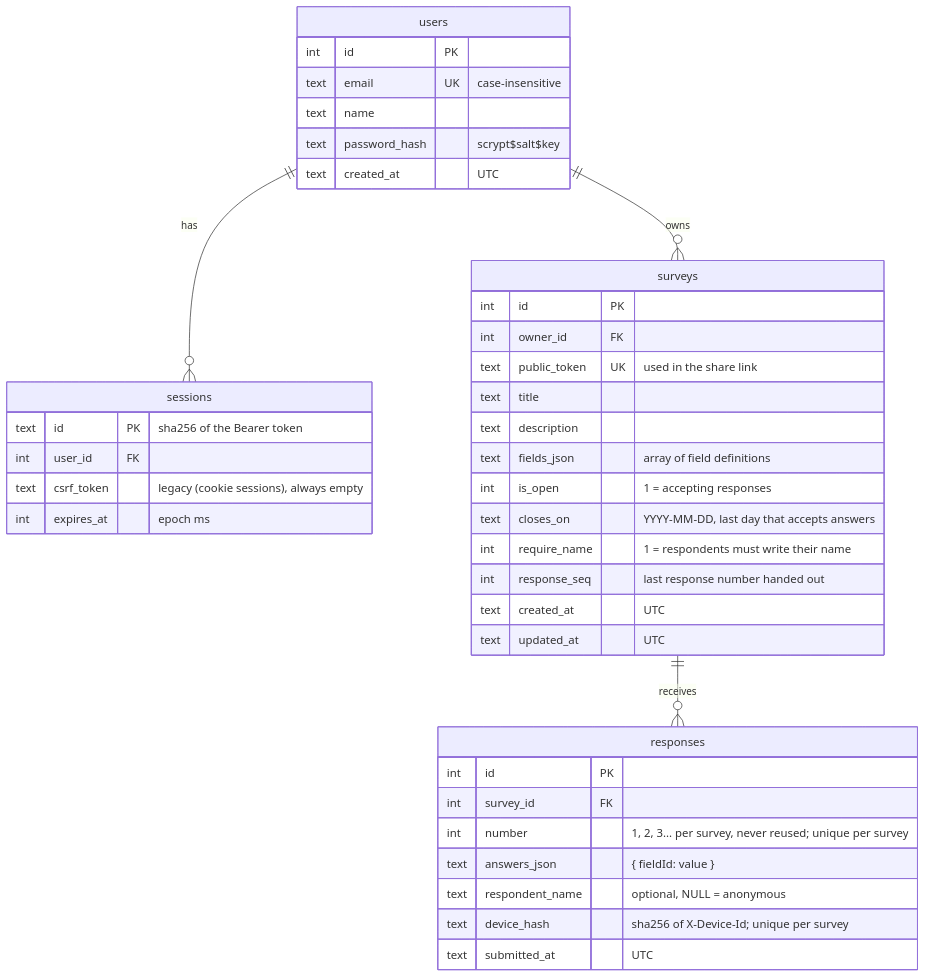
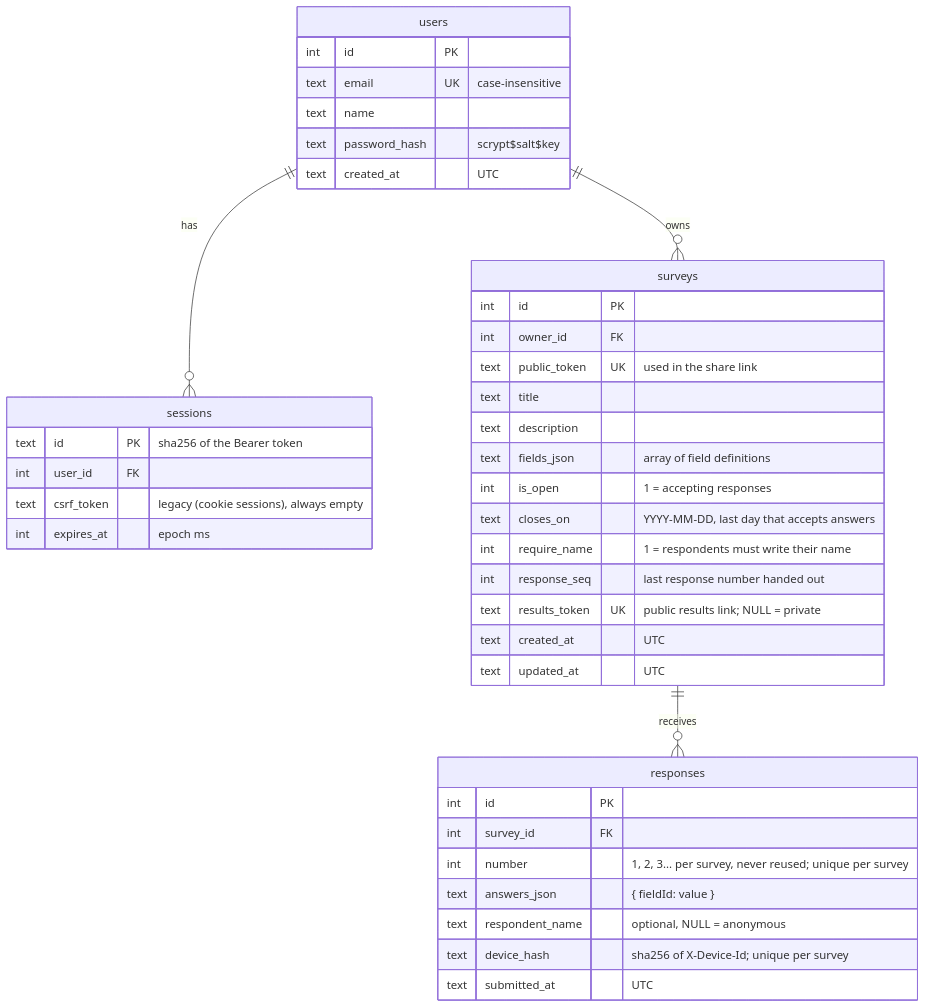
The third of 3 diagrams in CODE_GUIDE.md (yendri404/survery), drawn with Mermaid before and after one commit. The commit also changed other lines of this file and 27 other files, not shown here.

First line of the commit message:
feat: let creators share a public read-only results link

````diff
--- a/CODE_GUIDE.md
+++ b/CODE_GUIDE.md
@@ -234,43 +235,44 @@
 ```mermaid
 erDiagram
     users ||--o{ sessions : has
     users ||--o{ surveys : owns
     surveys ||--o{ responses : receives
 
     users {
         int id PK
         text email UK "case-insensitive"
         text name
         text password_hash "scrypt$salt$key"
         text created_at "UTC"
     }
     sessions {
         text id PK "sha256 of the Bearer token"
         int user_id FK
         text csrf_token "legacy (cookie sessions), always empty"
         int expires_at "epoch ms"
     }
     surveys {
         int id PK
         int owner_id FK
         text public_token UK "used in the share link"
         text title
         text description
         text fields_json "array of field definitions"
         int is_open "1 = accepting responses"
         text closes_on "YYYY-MM-DD, last day that accepts answers"
         int require_name "1 = respondents must write their name"
         int response_seq "last response number handed out"
+        text results_token UK "public results link; NULL = private"
         text created_at "UTC"
         text updated_at "UTC"
     }
     responses {
         int id PK
         int survey_id FK
         int number "1, 2, 3... per survey, never reused; unique per survey"
         text answers_json "{ fieldId: value }"
         text respondent_name "optional, NULL = anonymous"
         text device_hash "sha256 of X-Device-Id; unique per survey"
         text submitted_at "UTC"
     }
 ```
````
